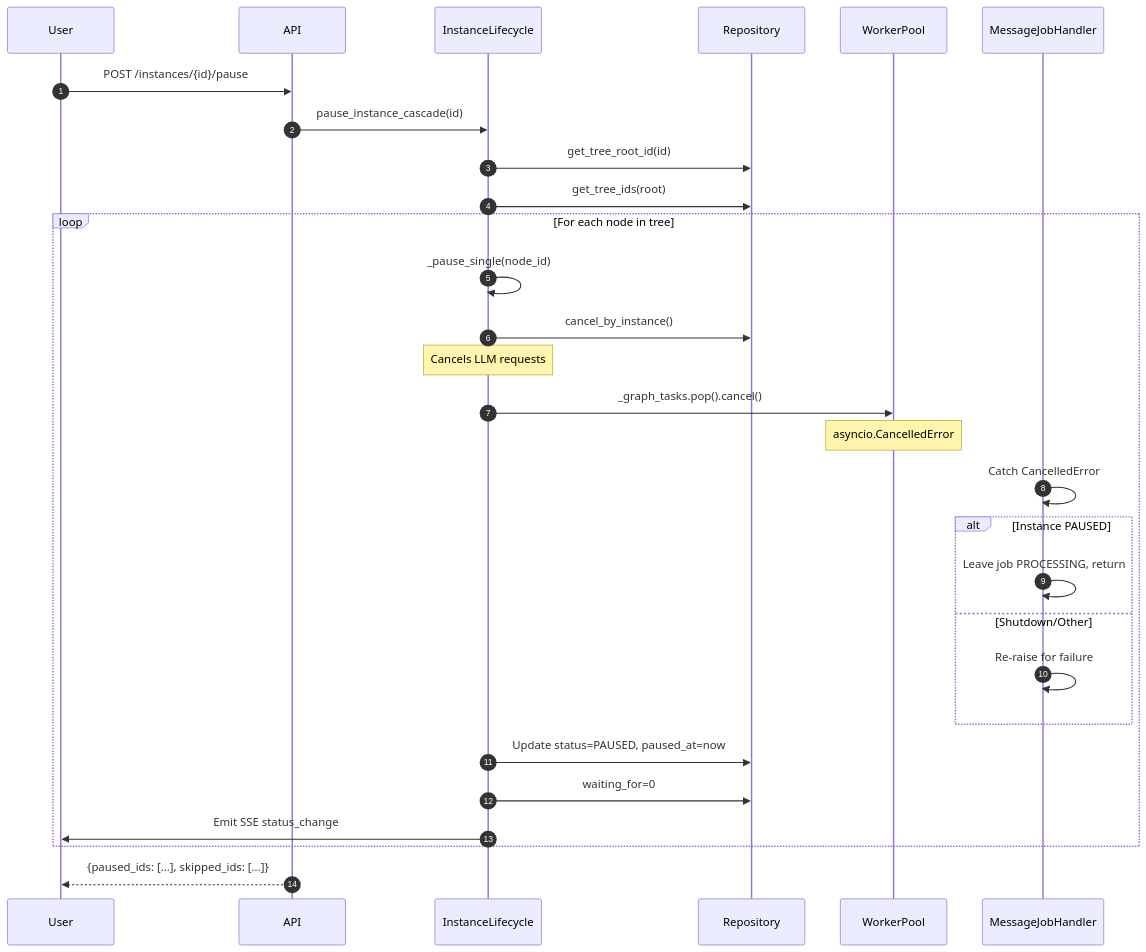
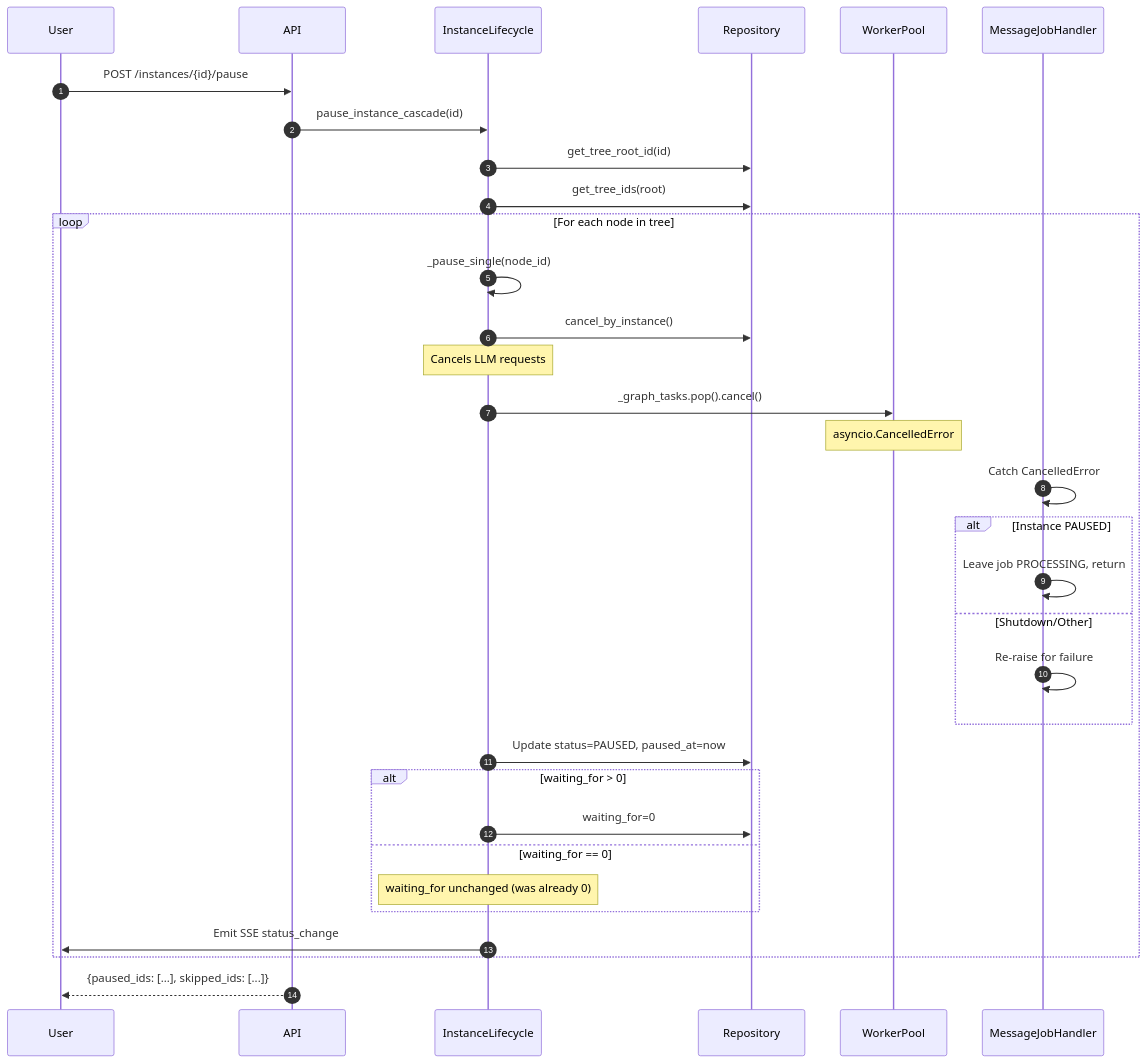
Before and after one commit to disillusioners/ensemble: the second of 9 diagrams in docs/architecture/job-task-pause-resume.md, drawn with Mermaid. The commit also changed other lines of this file, not shown here.

First line of the commit message:
docs: fix architecture doc — 9 corrections from review feedback

````diff
--- a/docs/architecture/job-task-pause-resume.md
+++ b/docs/architecture/job-task-pause-resume.md
@@ -468,32 +473,36 @@
 ```mermaid
 sequenceDiagram
     autonumber
     participant User
     participant API
     participant InstanceLifecycle
     participant Repository
     participant WorkerPool
     participant MessageJobHandler
 
     User->>API: POST /instances/{id}/pause
     API->>InstanceLifecycle: pause_instance_cascade(id)
     InstanceLifecycle->>Repository: get_tree_root_id(id)
     InstanceLifecycle->>Repository: get_tree_ids(root)
     loop For each node in tree
         InstanceLifecycle->>InstanceLifecycle: _pause_single(node_id)
         InstanceLifecycle->>Repository: cancel_by_instance()
         Note over InstanceLifecycle: Cancels LLM requests
         InstanceLifecycle->>WorkerPool: _graph_tasks.pop().cancel()
         Note over WorkerPool: asyncio.CancelledError
         MessageJobHandler->>MessageJobHandler: Catch CancelledError
         alt Instance PAUSED
             MessageJobHandler->>MessageJobHandler: Leave job PROCESSING, return
         else Shutdown/Other
             MessageJobHandler->>MessageJobHandler: Re-raise for failure
         end
         InstanceLifecycle->>Repository: Update status=PAUSED, paused_at=now
-        InstanceLifecycle->>Repository: waiting_for=0
+        alt waiting_for > 0
+            InstanceLifecycle->>Repository: waiting_for=0
+        else waiting_for == 0
+            Note over InstanceLifecycle: waiting_for unchanged (was already 0)
+        end
         InstanceLifecycle->>User: Emit SSE status_change
     end
     API-->>User: {paused_ids: [...], skipped_ids: [...]}
 ```
````
